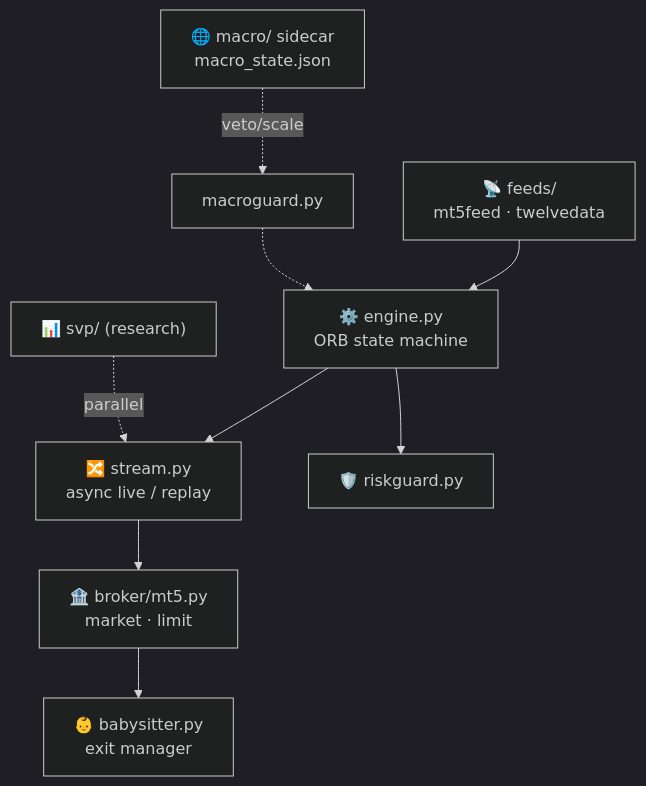
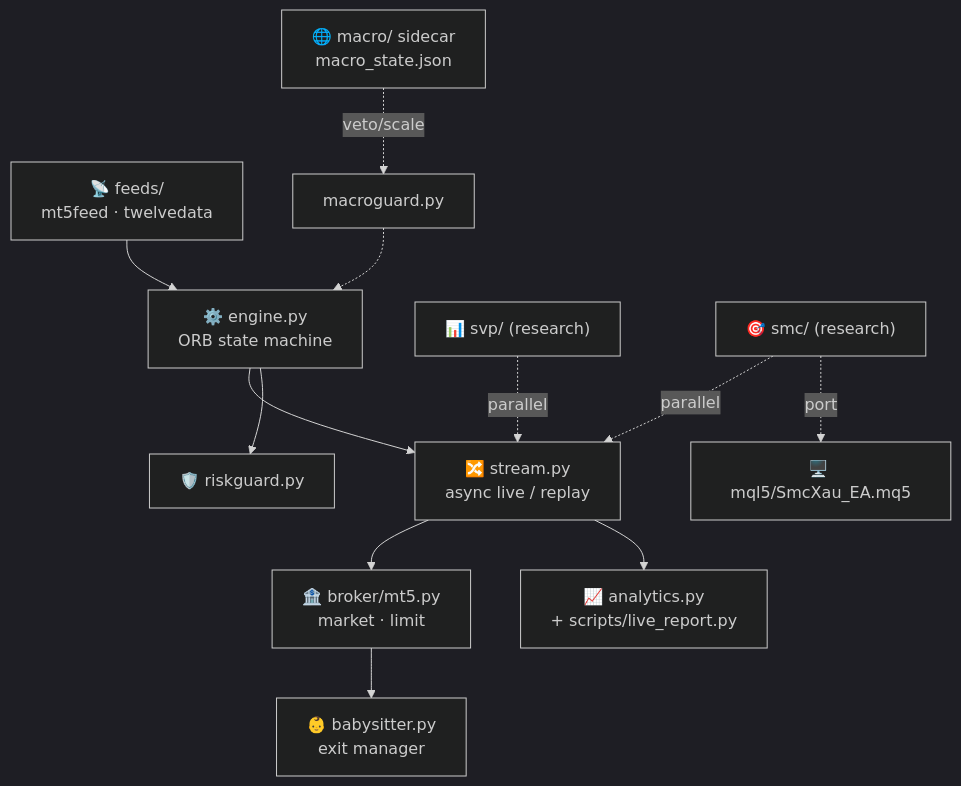
One commit to www8351/FreqTrading changed the third of 3 diagrams in README.md. Above: the diagram before and after it, drawn with Mermaid (dark theme). The commit also changed other lines of this file, not shown here.

````diff
--- a/README.md
+++ b/README.md
@@ -91,10 +406,13 @@
 ```mermaid
 graph TD
     F["📡 feeds/<br/>mt5feed · twelvedata"] --> E["⚙️ engine.py<br/>ORB state machine"]
     E --> S["🔀 stream.py<br/>async live / replay"]
     S --> B["🏦 broker/mt5.py<br/>market · limit"]
     B --> BABY["👶 babysitter.py<br/>exit manager"]
     E --> RG["🛡️ riskguard.py"]
     MAC["🌐 macro/ sidecar<br/>macro_state.json"] -.veto/scale.-> MG["macroguard.py"] -.-> E
     SVP["📊 svp/ (research)"] -.parallel.-> S
+    SMC["🎯 smc/ (research)"] -.parallel.-> S
+    SMC -.port.-> EA["🖥️ mql5/SmcXau_EA.mq5"]
+    S --> AN["📈 analytics.py<br/>+ scripts/live_report.py"]
 ```
````
